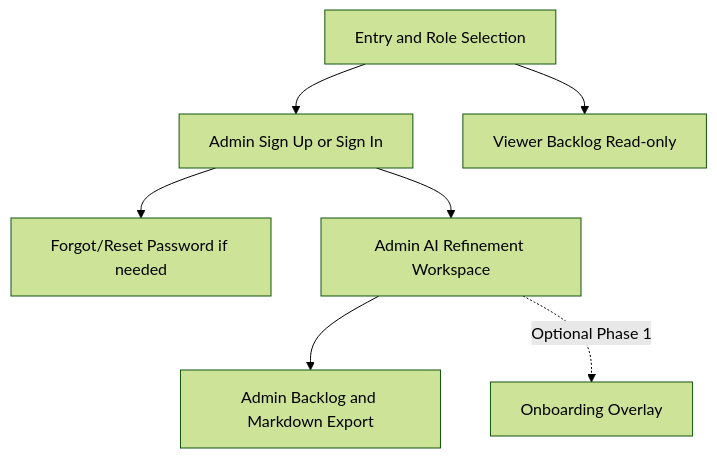
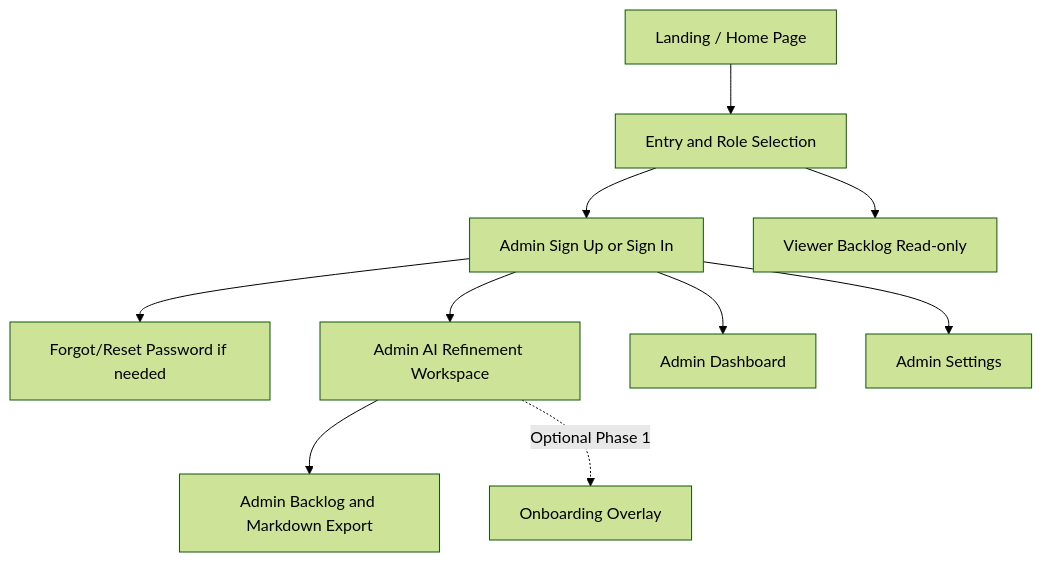
The diagram in docs/04-prototype/prototype-brief.md (alonsovndev/open-projects-hub-docs), drawn with Mermaid (forest theme) before and after one commit. The commit also changed other lines of this file and 2 other files, not shown here.

````diff
--- a/docs/04-prototype/prototype-brief.md
+++ b/docs/04-prototype/prototype-brief.md
@@ -130,9 +158,12 @@
 ```mermaid
 flowchart TD
-    A[Entry and Role Selection] --> B[Admin Sign Up or Sign In]
+    L[Landing / Home Page] --> A[Entry and Role Selection]
+    A --> B[Admin Sign Up or Sign In]
     B --> C[Forgot/Reset Password if needed]
     B --> D[Admin AI Refinement Workspace]
     D --> E[Admin Backlog and Markdown Export]
+    B --> G[Admin Dashboard]
+    B --> H[Admin Settings]
     A --> F[Viewer Backlog Read-only]
-    D -. Optional Phase 1 .-> G[Onboarding Overlay]
+    D -. Optional Phase 1 .-> I[Onboarding Overlay]
 ```
````
